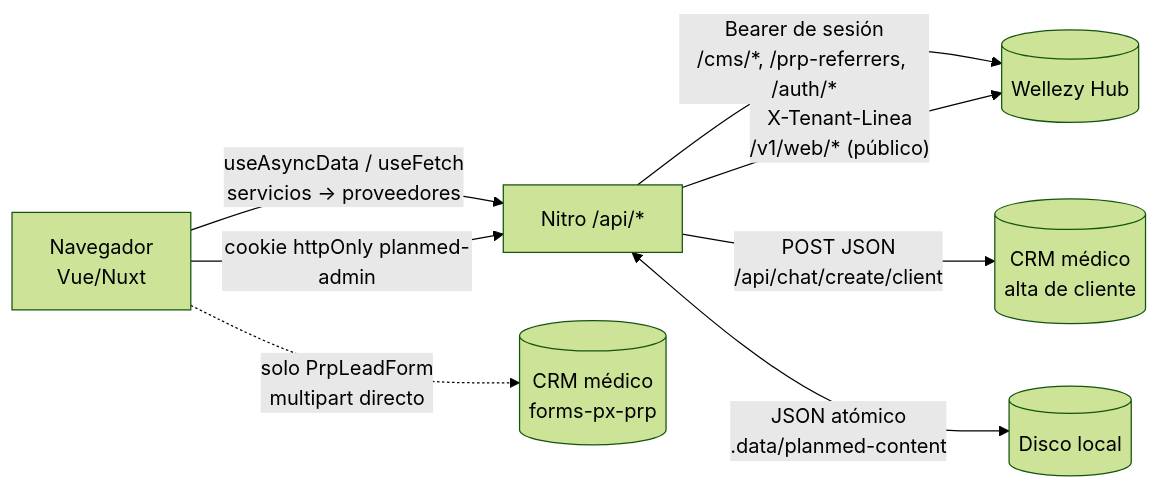
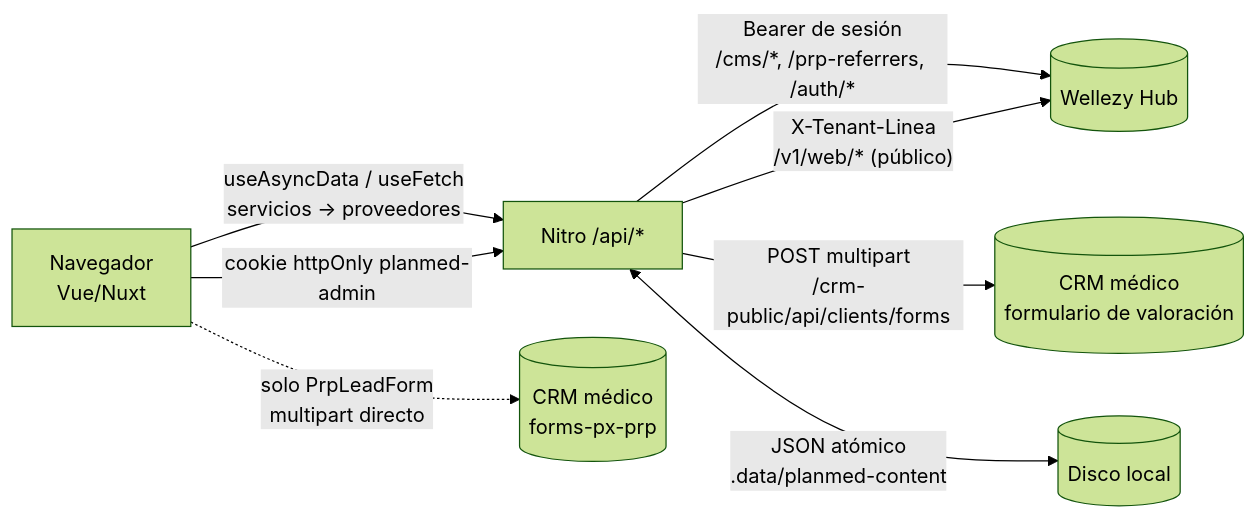
The first of 2 diagrams in documentacion/documentacion-maestra-planmed/01-arquitectura-general.md (MVP-Solutions-360/planmed), drawn with Mermaid (forest theme) before and after one commit. The commit also changed 13 other files, not shown here.

First line of the commit message:
feat(planmed): registrar pacientes en el CRM Médico con el formulario público

````diff
--- a/documentacion/documentacion-maestra-planmed/01-arquitectura-general.md
+++ b/documentacion/documentacion-maestra-planmed/01-arquitectura-general.md
@@ -59,10 +59,10 @@
 ```mermaid
 flowchart LR
   B[Navegador<br/>Vue/Nuxt] -->|"useAsyncData / useFetch<br/>servicios → proveedores"| N[Nitro /api/*]
   B -.->|"solo PrpLeadForm<br/>multipart directo"| CRM2[(CRM médico<br/>forms-px-prp)]
   N -->|"Bearer de sesión<br/>/cms/*, /prp-referrers, /auth/*"| HUB[(Wellezy Hub)]
   N -->|"X-Tenant-Linea<br/>/v1/web/* (público)"| HUB
-  N -->|"POST JSON<br/>/api/chat/create/client"| CRM1[(CRM médico<br/>alta de cliente)]
+  N -->|"POST multipart<br/>/crm-public/api/clients/forms"| CRM1[(CRM médico<br/>formulario de valoración)]
   N <-->|"JSON atómico<br/>.data/planmed-content"| FS[(Disco local)]
   B -->|"cookie httpOnly planmed-admin"| N
 ```
````
